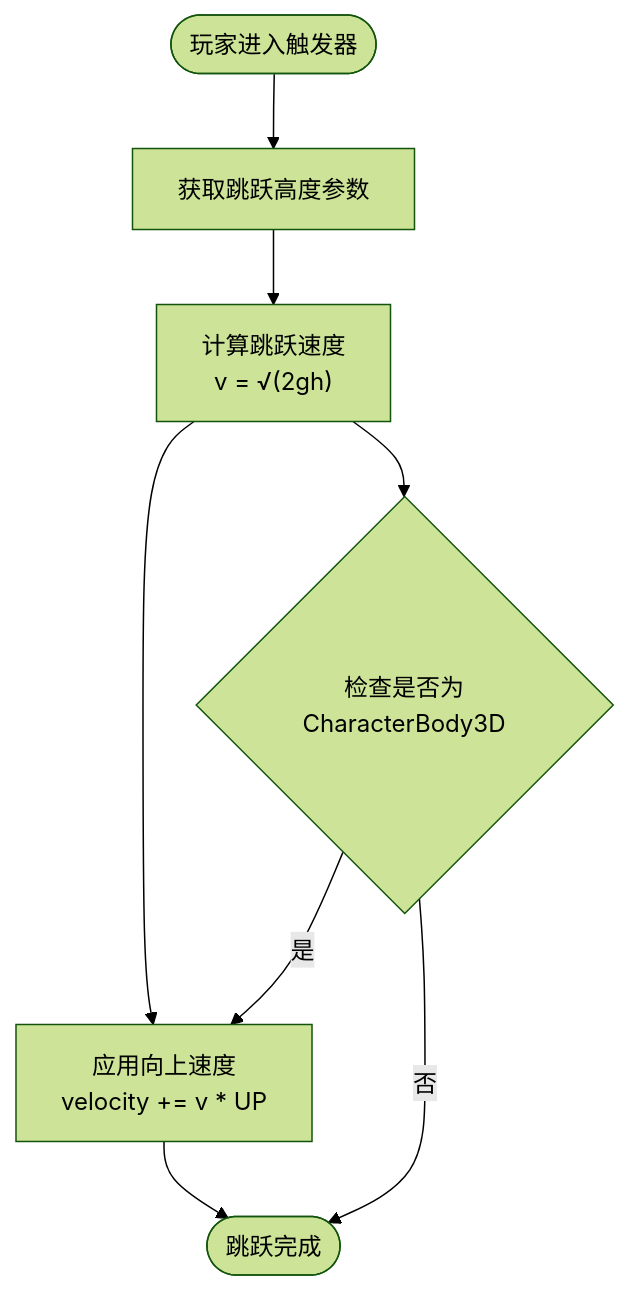
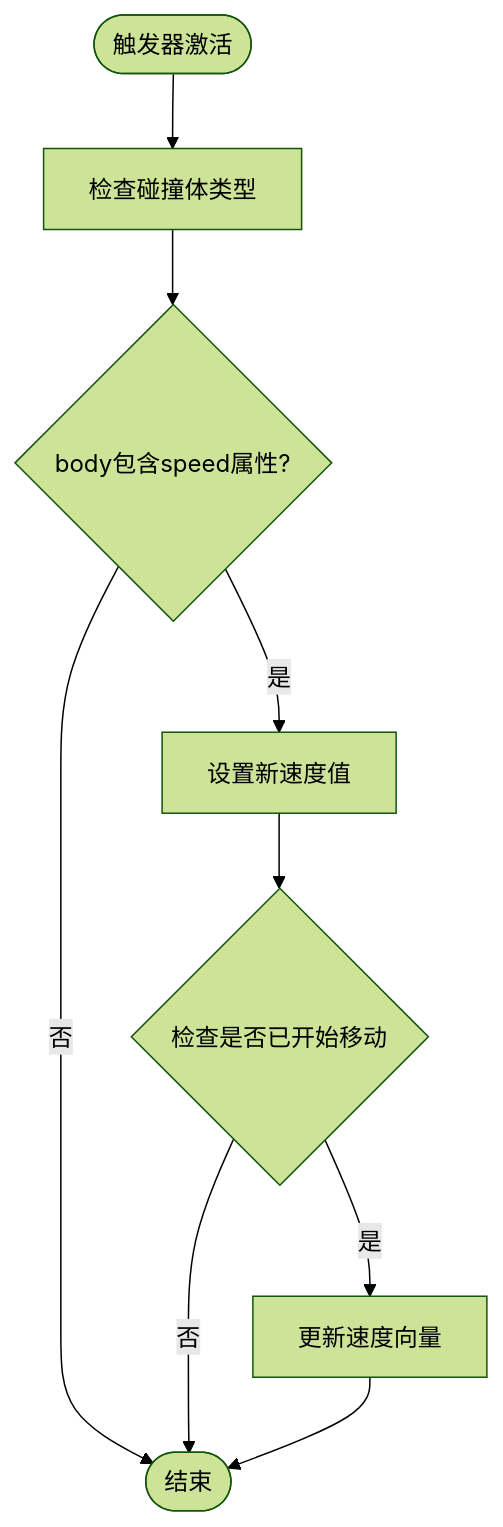
One commit to godotline/godot-line changed the third of 7 diagrams in .qoder/repowiki/zh/content/游戏系统/触发器系统/引导触发器.md. Above: the diagram before and after it, drawn with Mermaid (forest theme). The commit also changed other lines of this file and 212 other files, not shown here.

````diff
--- a/.qoder/repowiki/zh/content/游戏系统/触发器系统/引导触发器.md
+++ b/.qoder/repowiki/zh/content/游戏系统/触发器系统/引导触发器.md
@@ -251,10 +210,11 @@
 ```mermaid
 flowchart TD
-Start([玩家进入触发器]) --> GetHeight["获取跳跃高度参数"]
-GetHeight --> CalcVelocity["计算跳跃速度<br/>v = √(2gh)"]
-CalcVelocity --> ApplyForce["应用向上速度<br/>velocity += v * UP"]
-ApplyForce --> End([跳跃完成])
-CalcVelocity --> CheckCharacter{"检查是否为CharacterBody3D"}
-CheckCharacter --> |是| ApplyForce
-CheckCharacter --> |否| End
+Start([触发器激活]) --> CheckBody["检查碰撞体类型"]
+CheckBody --> HasSpeed{"body包含speed属性?"}
+HasSpeed --> |否| End([结束])
+HasSpeed --> |是| SetSpeed["设置新速度值"]
+SetSpeed --> CheckStart{"检查是否已开始移动"}
+CheckStart --> |否| End
+CheckStart --> |是| UpdateVelocity["更新速度向量"]
+UpdateVelocity --> End
 ```
````
